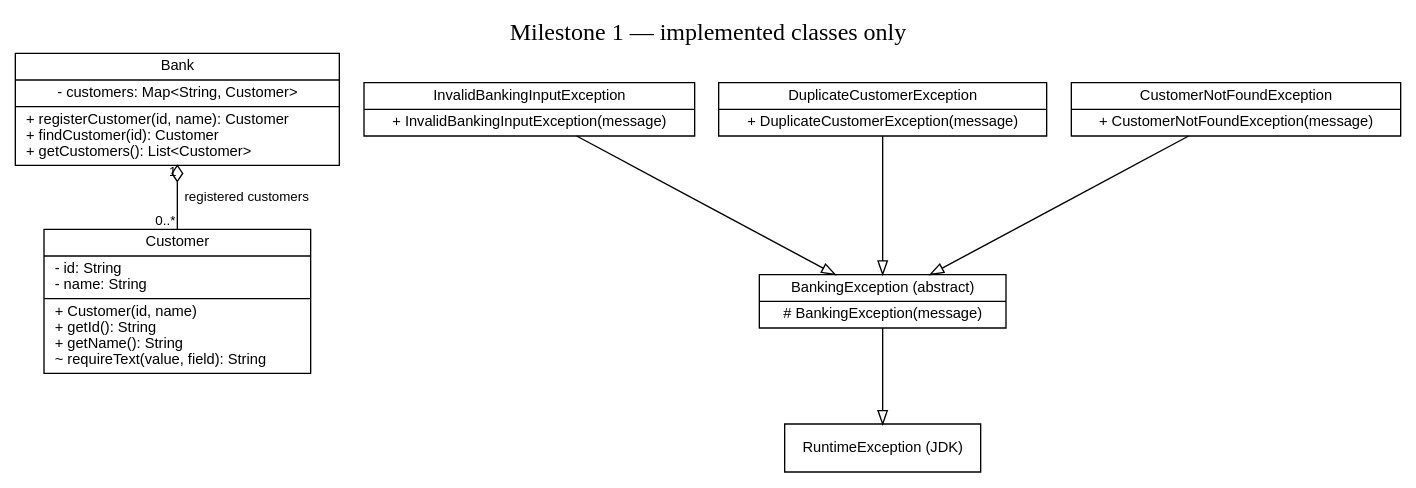
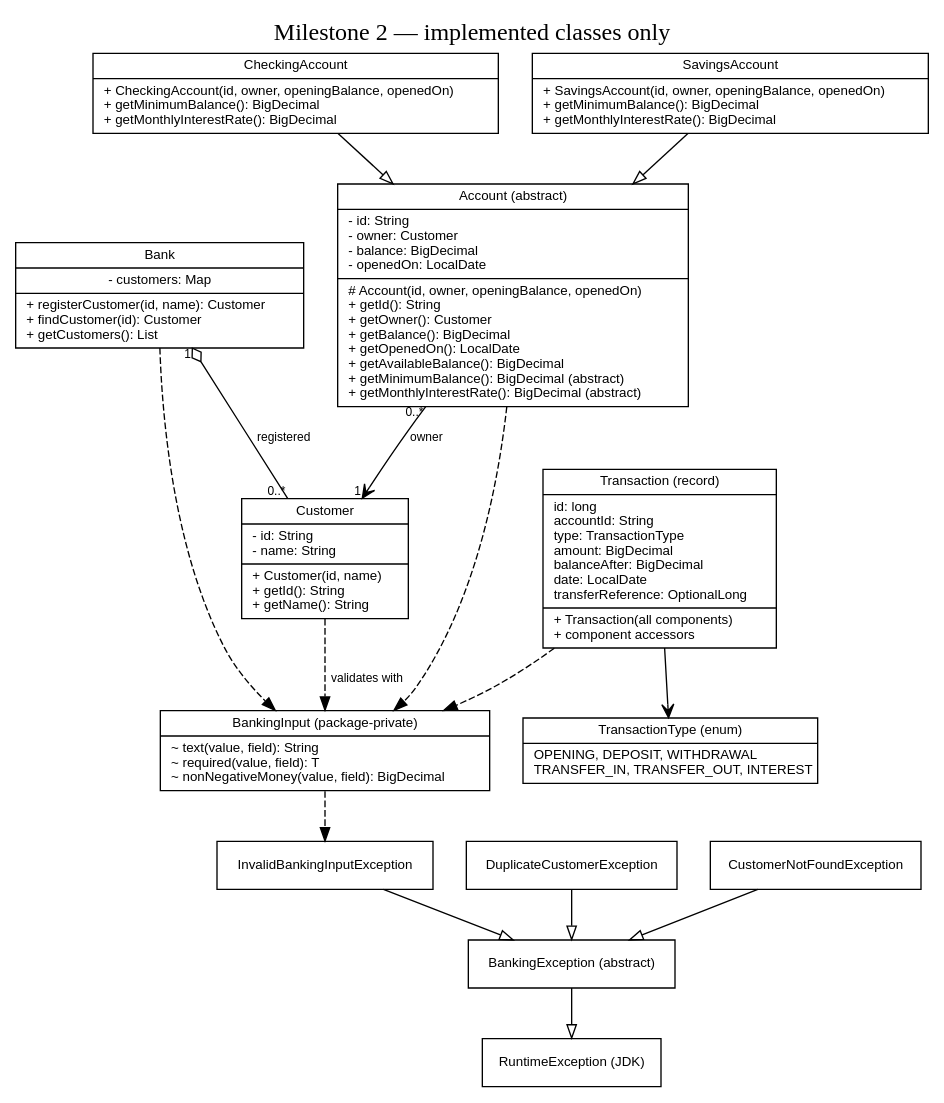
The diagram in docs/current-uml.dot (Mo3azGad/banking-management-system), drawn with Graphviz before and after one commit. The commit also changed 21 other files, not shown here.

Commit message:
Add validated account models and immutable banking transactions

```diff
--- a/docs/current-uml.dot
+++ b/docs/current-uml.dot
@@ -1,17 +1,32 @@
 digraph Current {
-  graph [rankdir=TB, label="Milestone 1 — implemented classes only", labelloc=t, fontsize=18, bgcolor="white"];
-  node [shape=record, fontname="Helvetica", fontsize=11];
-  edge [fontname="Helvetica", fontsize=10];
-  Bank [label="{Bank|- customers: Map\<String, Customer\>|+ registerCustomer(id, name): Customer\l+ findCustomer(id): Customer\l+ getCustomers(): List\<Customer\>\l}"];
-  Customer [label="{Customer|- id: String\l- name: String\l|+ Customer(id, name)\l+ getId(): String\l+ getName(): String\l~ requireText(value, field): String\l}"];
-  BankingException [label="{BankingException (abstract)|# BankingException(message)}"];
-  InvalidBankingInputException [label="{InvalidBankingInputException|+ InvalidBankingInputException(message)}"];
-  DuplicateCustomerException [label="{DuplicateCustomerException|+ DuplicateCustomerException(message)}"];
-  CustomerNotFoundException [label="{CustomerNotFoundException|+ CustomerNotFoundException(message)}"];
-  RuntimeException [label="RuntimeException (JDK)"];
-  Bank -> Customer [arrowhead=none, arrowtail=odiamond, dir=both, taillabel="1", headlabel="0..*", label="registered customers"];
-  InvalidBankingInputException -> BankingException [arrowhead=empty];
-  DuplicateCustomerException -> BankingException [arrowhead=empty];
-  CustomerNotFoundException -> BankingException [arrowhead=empty];
-  BankingException -> RuntimeException [arrowhead=empty];
+ graph [rankdir=TB, label="Milestone 2 — implemented classes only", labelloc=t, fontsize=18, bgcolor="white", nodesep=0.35];
+ node [shape=record, fontname="Helvetica", fontsize=10];
+ edge [fontname="Helvetica", fontsize=9];
+ Bank [label="{Bank|- customers: Map|+ registerCustomer(id, name): Customer\l+ findCustomer(id): Customer\l+ getCustomers(): List\l}"];
+ Customer [label="{Customer|- id: String\l- name: String\l|+ Customer(id, name)\l+ getId(): String\l+ getName(): String\l}"];
+ Account [label="{Account (abstract)|- id: String\l- owner: Customer\l- balance: BigDecimal\l- openedOn: LocalDate\l|# Account(id, owner, openingBalance, openedOn)\l+ getId(): String\l+ getOwner(): Customer\l+ getBalance(): BigDecimal\l+ getOpenedOn(): LocalDate\l+ getAvailableBalance(): BigDecimal\l+ getMinimumBalance(): BigDecimal (abstract)\l+ getMonthlyInterestRate(): BigDecimal (abstract)\l}"];
+ CheckingAccount [label="{CheckingAccount|+ CheckingAccount(id, owner, openingBalance, openedOn)\l+ getMinimumBalance(): BigDecimal\l+ getMonthlyInterestRate(): BigDecimal\l}"];
+ SavingsAccount [label="{SavingsAccount|+ SavingsAccount(id, owner, openingBalance, openedOn)\l+ getMinimumBalance(): BigDecimal\l+ getMonthlyInterestRate(): BigDecimal\l}"];
+ Transaction [label="{Transaction (record)|id: long\laccountId: String\ltype: TransactionType\lamount: BigDecimal\lbalanceAfter: BigDecimal\ldate: LocalDate\ltransferReference: OptionalLong\l|+ Transaction(all components)\l+ component accessors\l}"];
+ TransactionType [label="{TransactionType (enum)|OPENING, DEPOSIT, WITHDRAWAL\lTRANSFER_IN, TRANSFER_OUT, INTEREST\l}"];
+ BankingInput [label="{BankingInput (package-private)|~ text(value, field): String\l~ required(value, field): T\l~ nonNegativeMoney(value, field): BigDecimal\l}"];
+ BankingException [label="BankingException (abstract)"];
+ InvalidBankingInputException [label="InvalidBankingInputException"];
+ DuplicateCustomerException [label="DuplicateCustomerException"];
+ CustomerNotFoundException [label="CustomerNotFoundException"];
+ RuntimeException [label="RuntimeException (JDK)"];
+ Bank -> Customer [arrowhead=none, arrowtail=odiamond, dir=both, taillabel="1", headlabel="0..*", label="registered"];
+ Account -> Customer [arrowhead=vee, taillabel="0..*", headlabel="1", label="owner"];
+ CheckingAccount -> Account [arrowhead=empty];
+ SavingsAccount -> Account [arrowhead=empty];
+ Transaction -> TransactionType [arrowhead=vee];
+ Customer -> BankingInput [style=dashed, label="validates with"];
+ Bank -> BankingInput [style=dashed];
+ Account -> BankingInput [style=dashed];
+ Transaction -> BankingInput [style=dashed];
+ InvalidBankingInputException -> BankingException [arrowhead=empty];
+ DuplicateCustomerException -> BankingException [arrowhead=empty];
+ CustomerNotFoundException -> BankingException [arrowhead=empty];
+ BankingException -> RuntimeException [arrowhead=empty];
+ BankingInput -> InvalidBankingInputException [style=dashed];
 }
```
